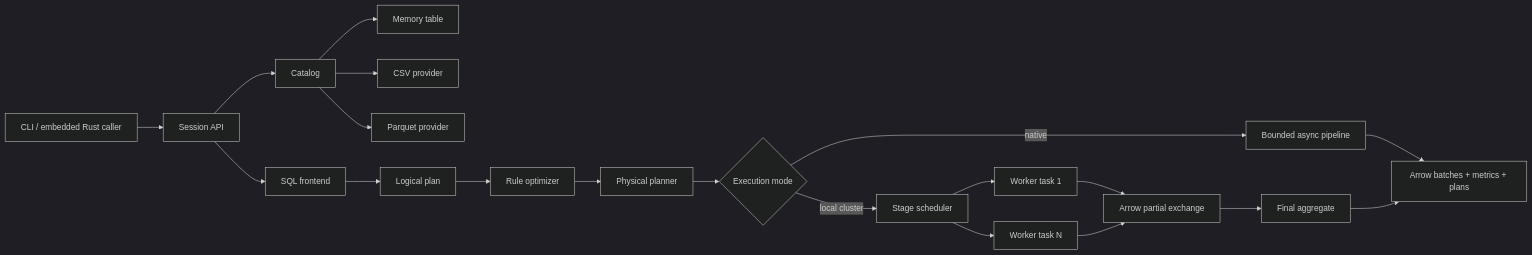
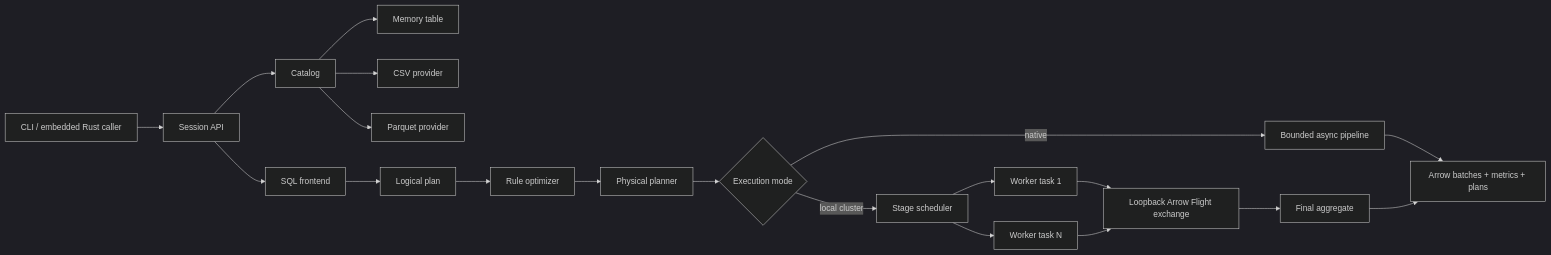
Before and after one commit to khantnhl/SparkX-Distributed-Query-Engine: the first of 5 diagrams in docs/ARCHITECTURE.md, drawn with Mermaid (dark theme). The commit also changed other lines of this file and 12 other files, not shown here.

Commit message:
feat: route shuffle through loopback flight

````diff
--- a/docs/ARCHITECTURE.md
+++ b/docs/ARCHITECTURE.md
@@ -11,22 +11,22 @@
 ```mermaid
 flowchart LR
     U["CLI / embedded Rust caller"] --> S["Session API"]
     S --> C["Catalog"]
     C --> M["Memory table"]
     C --> V["CSV provider"]
     C --> P["Parquet provider"]
     S --> F["SQL frontend"]
     F --> L["Logical plan"]
     L --> O["Rule optimizer"]
     O --> PP["Physical planner"]
     PP --> E{"Execution mode"}
     E -->|native| N["Bounded async pipeline"]
     E -->|local cluster| D["Stage scheduler"]
     D --> W1["Worker task 1"]
     D --> W2["Worker task N"]
-    W1 --> X["Arrow partial exchange"]
+    W1 --> X["Loopback Arrow Flight exchange"]
     W2 --> X
     X --> A["Final aggregate"]
     N --> R["Arrow batches + metrics + plans"]
     A --> R
 ```
````
